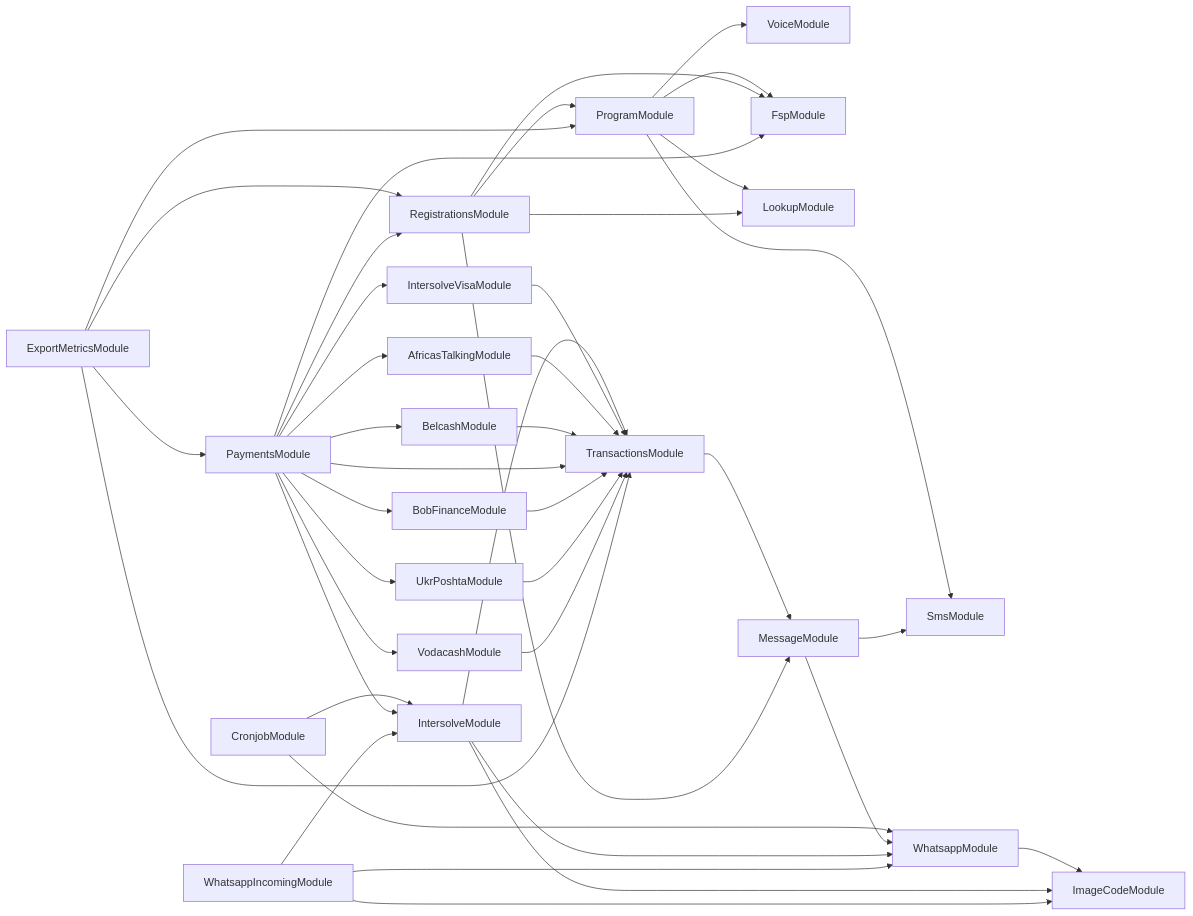
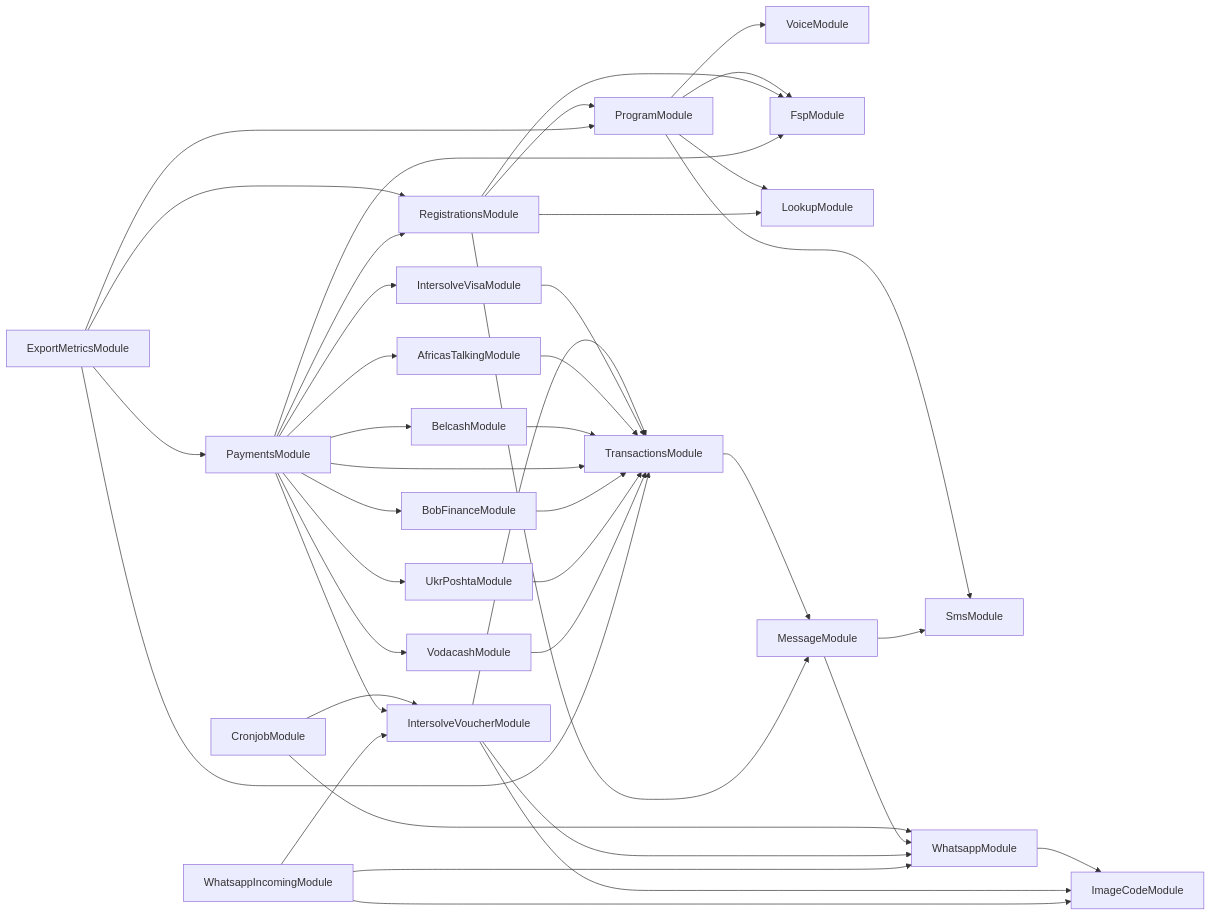
Before and after one commit to global-121/121-platform: the diagram in services/121-service/module-dependencies.md, drawn with Mermaid. The commit also changed 74 other files, not shown here.

Commit message:
Renamed intersolve-barcode to intersolve voucher AB#17826

````diff
--- a/services/121-service/module-dependencies.md
+++ b/services/121-service/module-dependencies.md
@@ -3,43 +3,43 @@
 ```mermaid
 graph LR
   ProgramModule-->SmsModule
   ProgramModule-->VoiceModule
   ProgramModule-->FspModule
   ProgramModule-->LookupModule
   CronjobModule-->WhatsappModule
   WhatsappModule-->ImageCodeModule
-  CronjobModule-->IntersolveModule
-  IntersolveModule-->ImageCodeModule
-  IntersolveModule-->TransactionsModule
+  CronjobModule-->IntersolveVoucherModule
+  IntersolveVoucherModule-->ImageCodeModule
+  IntersolveVoucherModule-->TransactionsModule
   TransactionsModule-->MessageModule
   MessageModule-->WhatsappModule
   MessageModule-->SmsModule
-  IntersolveModule-->WhatsappModule
+  IntersolveVoucherModule-->WhatsappModule
   RegistrationsModule-->LookupModule
   RegistrationsModule-->ProgramModule
   RegistrationsModule-->FspModule
   RegistrationsModule-->MessageModule
   ExportMetricsModule-->ProgramModule
   ExportMetricsModule-->RegistrationsModule
   ExportMetricsModule-->PaymentsModule
   PaymentsModule-->FspModule
-  PaymentsModule-->IntersolveModule
+  PaymentsModule-->IntersolveVoucherModule
   PaymentsModule-->IntersolveVisaModule
   IntersolveVisaModule-->TransactionsModule
   PaymentsModule-->AfricasTalkingModule
   AfricasTalkingModule-->TransactionsModule
   PaymentsModule-->BelcashModule
   BelcashModule-->TransactionsModule
   PaymentsModule-->TransactionsModule
   PaymentsModule-->BobFinanceModule
   BobFinanceModule-->TransactionsModule
   PaymentsModule-->UkrPoshtaModule
   UkrPoshtaModule-->TransactionsModule
   PaymentsModule-->VodacashModule
   VodacashModule-->TransactionsModule
   PaymentsModule-->RegistrationsModule
   ExportMetricsModule-->TransactionsModule
   WhatsappIncomingModule-->ImageCodeModule
-  WhatsappIncomingModule-->IntersolveModule
+  WhatsappIncomingModule-->IntersolveVoucherModule
   WhatsappIncomingModule-->WhatsappModule
 ```
````
